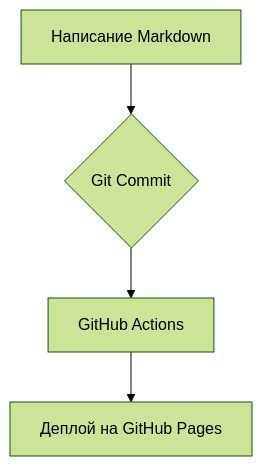
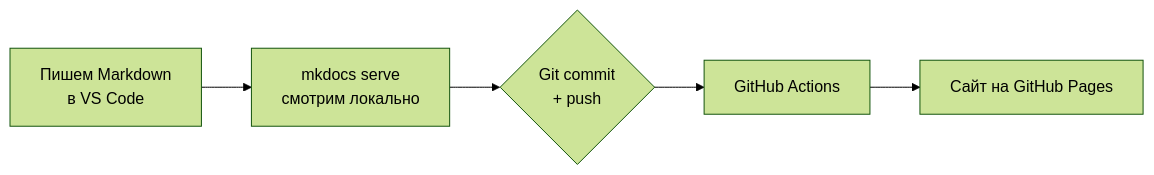
Before and after one commit to bestfriendpass-blip/boostra-docs: the diagram in docs/index.md, drawn with Mermaid (forest theme). The commit also changed other lines of this file and 11 other files, not shown here.

````diff
--- a/docs/index.md
+++ b/docs/index.md
@@ -20,6 +23,7 @@
 ```mermaid
-graph TD
-    A[Написание Markdown] --> B{Git Commit}
-    B --> C[GitHub Actions]
-    C --> D[Деплой на GitHub Pages]
+graph LR
+    A[Пишем Markdown<br/>в VS Code] --> B[mkdocs serve<br/>смотрим локально]
+    B --> C{Git commit<br/>+ push}
+    C --> D[GitHub Actions]
+    D --> E[Сайт на GitHub Pages]
 ```
````
